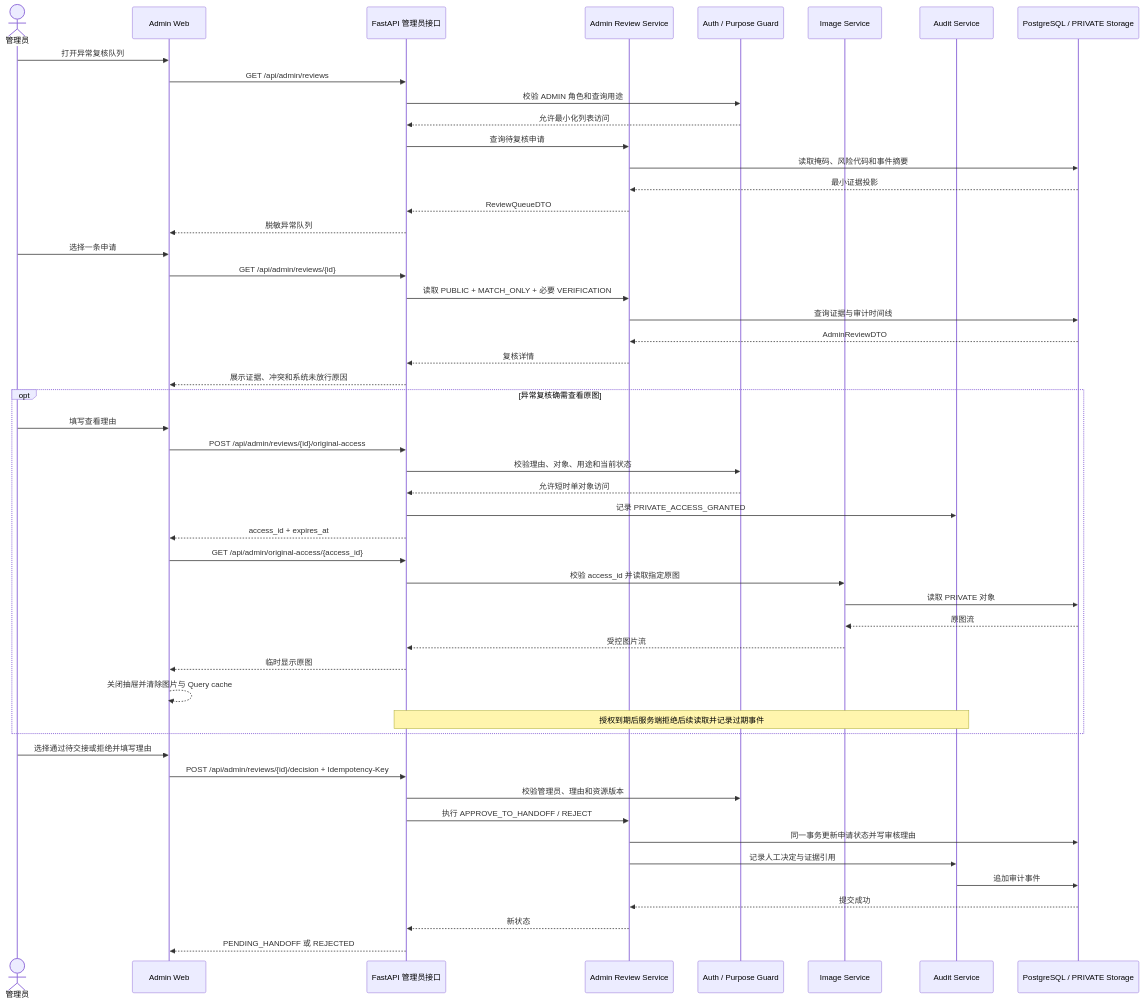
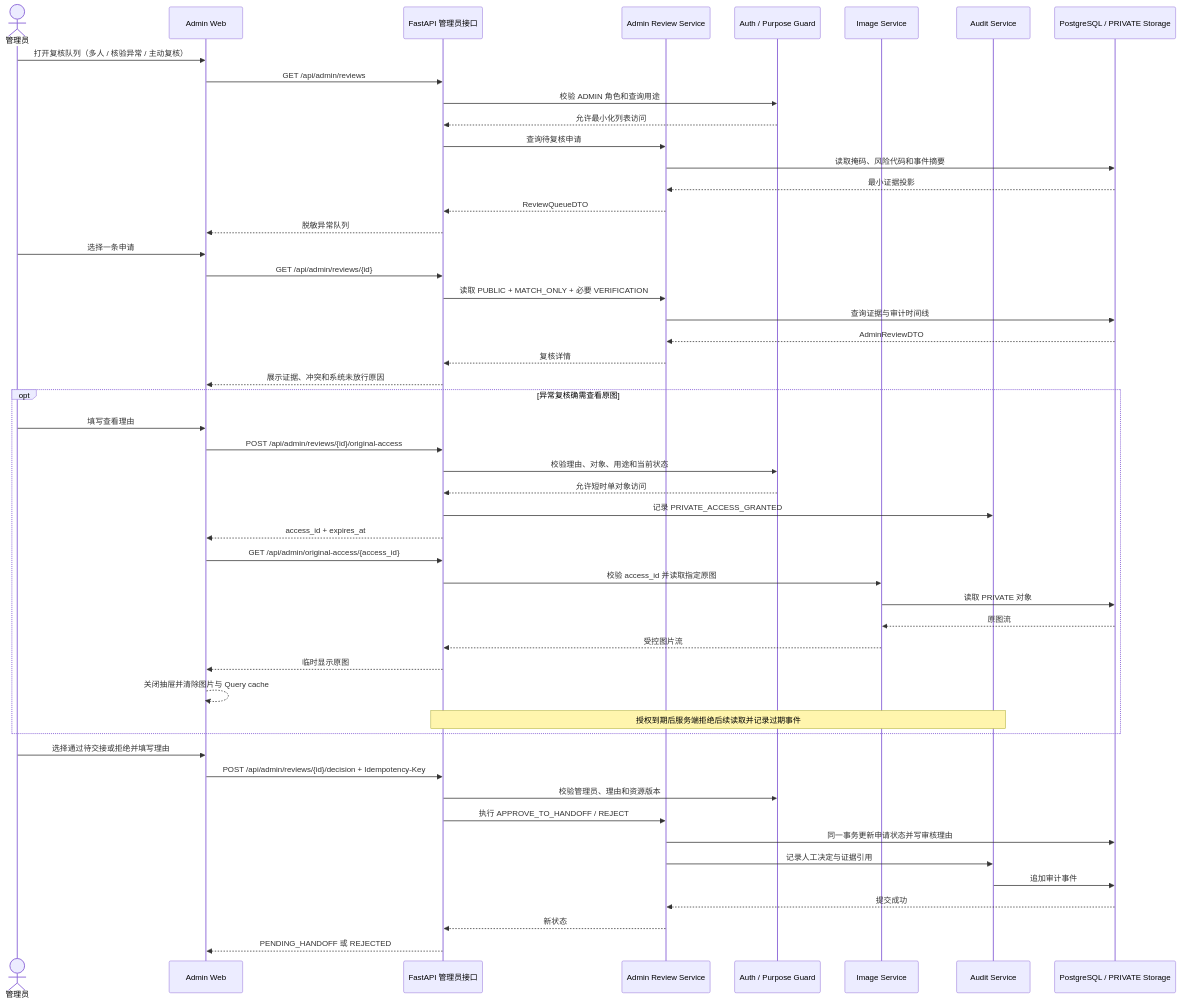
Before and after one commit to xushengyu1/day56-submission: the eighth of 11 diagrams in docs/design/end-to-end-system-design.md, drawn with Mermaid. The commit also changed other lines of this file and 30 other files, not shown here.

````diff
--- a/docs/design/end-to-end-system-design.md
+++ b/docs/design/end-to-end-system-design.md
@@ -744,57 +667,57 @@
 ```mermaid
 sequenceDiagram
     actor ADM as 管理员
     participant W as Admin Web
     participant A as FastAPI 管理员接口
     participant R as Admin Review Service
     participant P as Auth / Purpose Guard
     participant I as Image Service
     participant U as Audit Service
     participant D as PostgreSQL / PRIVATE Storage
 
-    ADM->>W: 打开异常复核队列
+    ADM->>W: 打开复核队列（多人 / 核验异常 / 主动复核）
     W->>A: GET /api/admin/reviews
     A->>P: 校验 ADMIN 角色和查询用途
     P-->>A: 允许最小化列表访问
     A->>R: 查询待复核申请
     R->>D: 读取掩码、风险代码和事件摘要
     D-->>R: 最小证据投影
     R-->>A: ReviewQueueDTO
     A-->>W: 脱敏异常队列
 
     ADM->>W: 选择一条申请
     W->>A: GET /api/admin/reviews/{id}
     A->>R: 读取 PUBLIC + MATCH_ONLY + 必要 VERIFICATION
     R->>D: 查询证据与审计时间线
     D-->>R: AdminReviewDTO
     R-->>A: 复核详情
     A-->>W: 展示证据、冲突和系统未放行原因
 
     opt 异常复核确需查看原图
         ADM->>W: 填写查看理由
         W->>A: POST /api/admin/reviews/{id}/original-access
         A->>P: 校验理由、对象、用途和当前状态
         P-->>A: 允许短时单对象访问
         A->>U: 记录 PRIVATE_ACCESS_GRANTED
         A-->>W: access_id + expires_at
         W->>A: GET /api/admin/original-access/{access_id}
         A->>I: 校验 access_id 并读取指定原图
         I->>D: 读取 PRIVATE 对象
         D-->>I: 原图流
         I-->>A: 受控图片流
         A-->>W: 临时显示原图
         W-->>W: 关闭抽屉并清除图片与 Query cache
         Note over A,U: 授权到期后服务端拒绝后续读取并记录过期事件
     end
 
     ADM->>W: 选择通过待交接或拒绝并填写理由
     W->>A: POST /api/admin/reviews/{id}/decision + Idempotency-Key
     A->>P: 校验管理员、理由和资源版本
     A->>R: 执行 APPROVE_TO_HANDOFF / REJECT
     R->>D: 同一事务更新申请状态并写审核理由
     R->>U: 记录人工决定与证据引用
     U->>D: 追加审计事件
     D-->>R: 提交成功
     R-->>A: 新状态
     A-->>W: PENDING_HANDOFF 或 REJECTED
 ```
````
